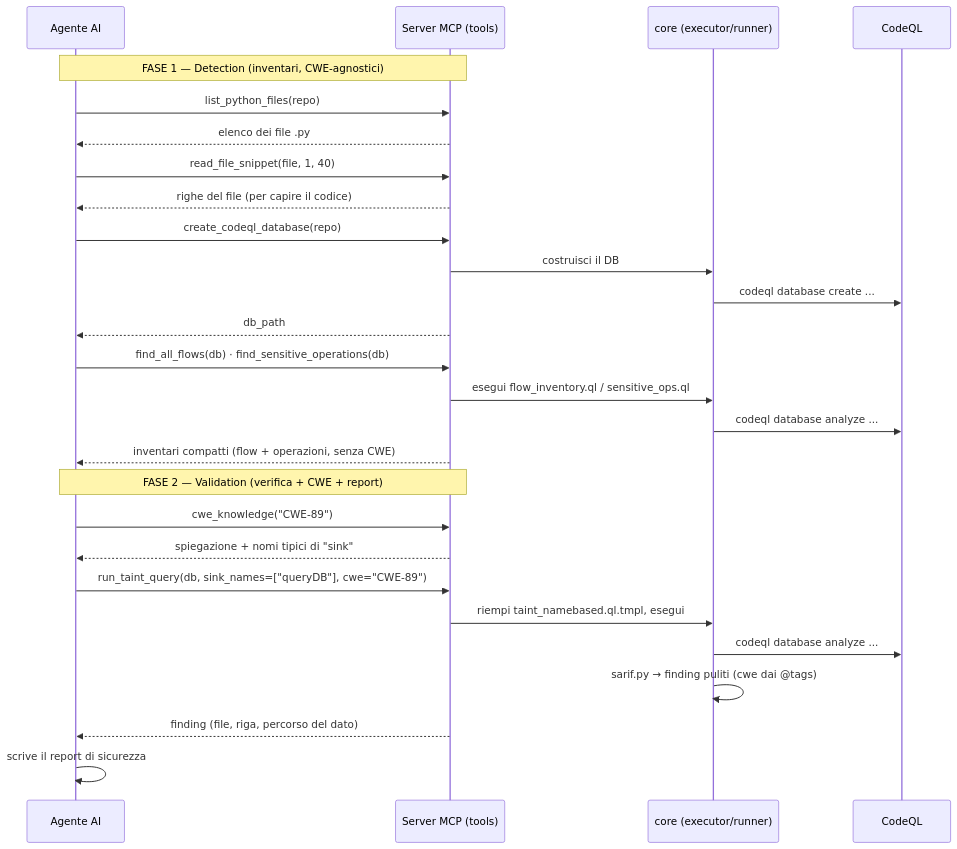
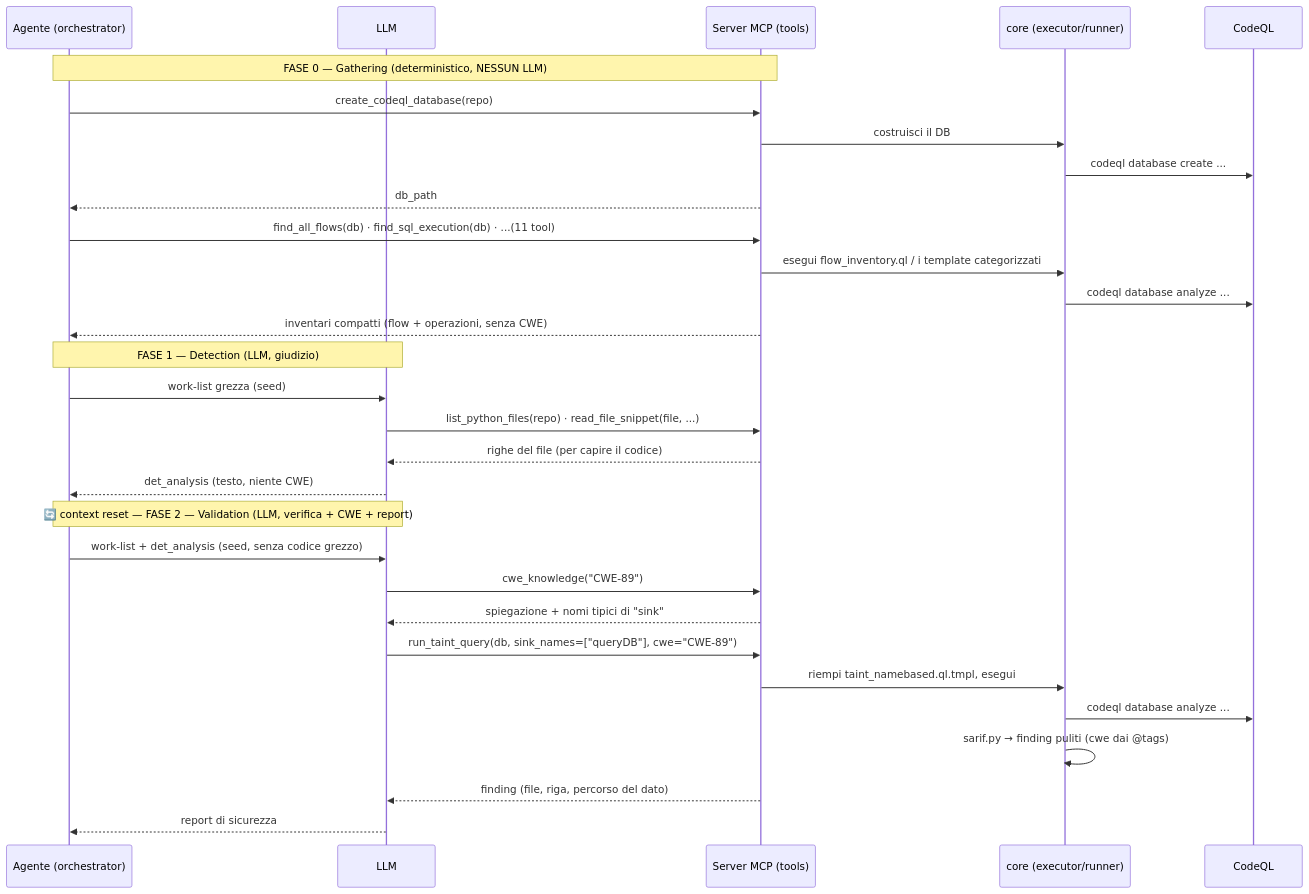
One commit to iris-cmd22/Sibyl changed the tenth of 29 diagrams in documentazione/Server_MCP_Architettura.md. Above: the diagram before and after it, drawn with Mermaid. The commit also changed other lines of this file and 49 other files, not shown here.

````diff
--- a/documentazione/Server_MCP_Architettura.md
+++ b/documentazione/Server_MCP_Architettura.md
@@ -495,31 +524,35 @@
 ```mermaid
 sequenceDiagram
-    participant AI as Agente AI
+    participant AG as Agente (orchestrator)
+    participant AI as LLM
     participant S as Server MCP (tools)
     participant CORE as core (executor/runner)
     participant CQL as CodeQL
 
-    note over AI,S: FASE 1 — Detection (inventari, CWE-agnostici)
-    AI->>S: list_python_files(repo)
-    S-->>AI: elenco dei file .py
-    AI->>S: read_file_snippet(file, 1, 40)
-    S-->>AI: righe del file (per capire il codice)
-    AI->>S: create_codeql_database(repo)
+    note over AG,S: FASE 0 — Gathering (deterministico, NESSUN LLM)
+    AG->>S: create_codeql_database(repo)
     S->>CORE: costruisci il DB
     CORE->>CQL: codeql database create ...
-    S-->>AI: db_path
-    AI->>S: find_all_flows(db) · find_sensitive_operations(db)
-    S->>CORE: esegui flow_inventory.ql / sensitive_ops.ql
+    S-->>AG: db_path
+    AG->>S: find_all_flows(db) · find_sql_execution(db) · ...(11 tool)
+    S->>CORE: esegui flow_inventory.ql / i template categorizzati
     CORE->>CQL: codeql database analyze ...
-    S-->>AI: inventari compatti (flow + operazioni, senza CWE)
+    S-->>AG: inventari compatti (flow + operazioni, senza CWE)
 
-    note over AI,S: FASE 2 — Validation (verifica + CWE + report)
+    note over AG,AI: FASE 1 — Detection (LLM, giudizio)
+    AG->>AI: work-list grezza (seed)
+    AI->>S: list_python_files(repo) · read_file_snippet(file, ...)
+    S-->>AI: righe del file (per capire il codice)
+    AI-->>AG: det_analysis (testo, niente CWE)
+
+    note over AG,AI: 🔄 context reset — FASE 2 — Validation (LLM, verifica + CWE + report)
+    AG->>AI: work-list + det_analysis (seed, senza codice grezzo)
     AI->>S: cwe_knowledge("CWE-89")
     S-->>AI: spiegazione + nomi tipici di "sink"
     AI->>S: run_taint_query(db, sink_names=["queryDB"], cwe="CWE-89")
     S->>CORE: riempi taint_namebased.ql.tmpl, esegui
     CORE->>CQL: codeql database analyze ...
     CORE->>CORE: sarif.py → finding puliti (cwe dai @tags)
     S-->>AI: finding (file, riga, percorso del dato)
-    AI->>AI: scrive il report di sicurezza
+    AI-->>AG: report di sicurezza
 ```
````
